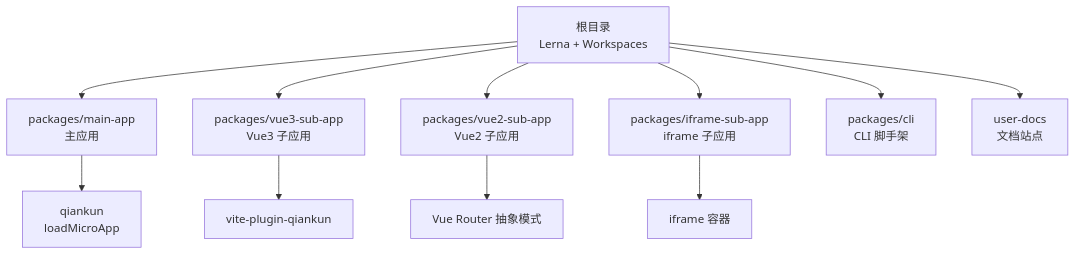
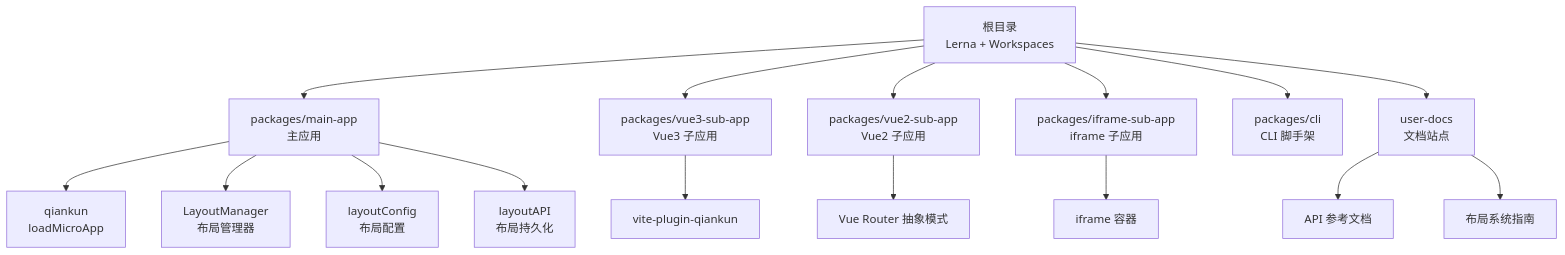
Before and after one commit to my-Sitara/artisan-base-frontend: the first of 7 diagrams in .qoder/repowiki/zh/content/架构设计/架构设计.md, drawn with Mermaid. The commit also changed other lines of this file and 25 other files, not shown here.

````diff
--- a/.qoder/repowiki/zh/content/架构设计/架构设计.md
+++ b/.qoder/repowiki/zh/content/架构设计/架构设计.md
@@ -46,13 +66,18 @@
 ```mermaid
 graph TB
 Root["根目录<br/>Lerna + Workspaces"] --> PkgMain["packages/main-app<br/>主应用"]
 Root --> PkgVue3["packages/vue3-sub-app<br/>Vue3 子应用"]
 Root --> PkgVue2["packages/vue2-sub-app<br/>Vue2 子应用"]
 Root --> PkgIframe["packages/iframe-sub-app<br/>iframe 子应用"]
 Root --> PkgCLI["packages/cli<br/>CLI 脚手架"]
 Root --> Docs["user-docs<br/>文档站点"]
 PkgMain --> Qiankun["qiankun<br/>loadMicroApp"]
+PkgMain --> LayoutMgr["LayoutManager<br/>布局管理器"]
+PkgMain --> LayoutConfig["layoutConfig<br/>布局配置"]
+PkgMain --> LayoutAPI["layoutAPI<br/>布局持久化"]
 PkgVue3 --> VitePlugin["vite-plugin-qiankun"]
 PkgVue2 --> VueRouter["Vue Router 抽象模式"]
 PkgIframe --> Iframe["iframe 容器"]
+Docs --> APIDocs["API 参考文档"]
+Docs --> LayoutGuide["布局系统指南"]
 ```
````
